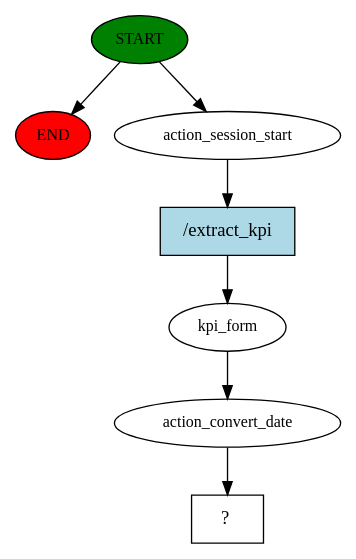
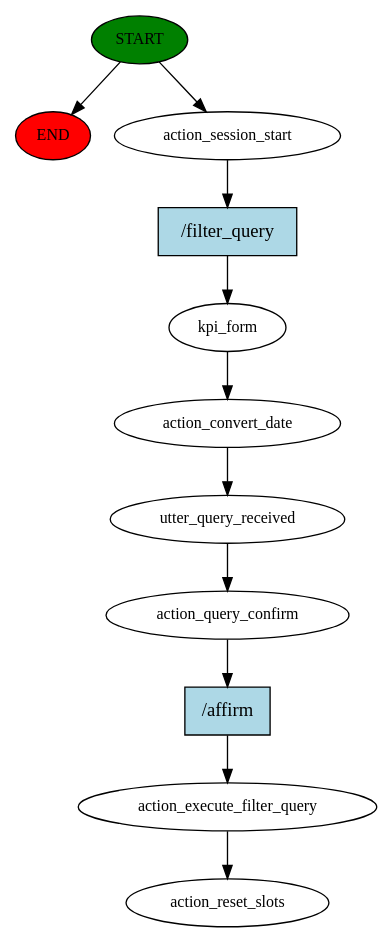
Before and after one commit to yuqiong11/kpichat: the diagram in story_graph.dot, drawn with Graphviz. The commit also changed 6 other files, not shown here.

Commit message:
each action for each intent

```diff
--- a/story_graph.dot
+++ b/story_graph.dot
@@ -1,15 +1,23 @@
 digraph  {
 0 [class="start active", fillcolor=green, fontsize=12, label=START, style=filled];
 "-1" [class=end, fillcolor=red, fontsize=12, label=END, style=filled];
 1 [class=active, fontsize=12, label=action_session_start];
 2 [class=active, fontsize=12, label=kpi_form];
 3 [class=active, fontsize=12, label=action_convert_date];
-4 [class="intent dashed active", label="  ?  ", shape=rect];
-5 [class="intent active", fillcolor=lightblue, label="/extract_kpi", shape=rect, style=filled];
+4 [class=active, fontsize=12, label=utter_query_received];
+5 [class=active, fontsize=12, label=action_query_confirm];
+6 [class=active, fontsize=12, label=action_execute_filter_query];
+7 [class="dashed active", fontsize=12, label=action_reset_slots];
+8 [class="intent active", fillcolor=lightblue, label="/filter_query", shape=rect, style=filled];
+9 [class="intent active", fillcolor=lightblue, label="/affirm", shape=rect, style=filled];
 0 -> "-1"  [class="", key=NONE, label=""];
 0 -> 1  [class=active, key=NONE, label=""];
-1 -> 5  [class=active, key=0];
+1 -> 8  [class=active, key=0];
 2 -> 3  [class=active, key=NONE, label=""];
 3 -> 4  [class=active, key=NONE, label=""];
-5 -> 2  [class=active, key=0];
+4 -> 5  [class=active, key=NONE, label=""];
+5 -> 9  [class=active, key=0];
+6 -> 7  [class=active, key=NONE, label=""];
+8 -> 2  [class=active, key=0];
+9 -> 6  [class=active, key=0];
 }
```
